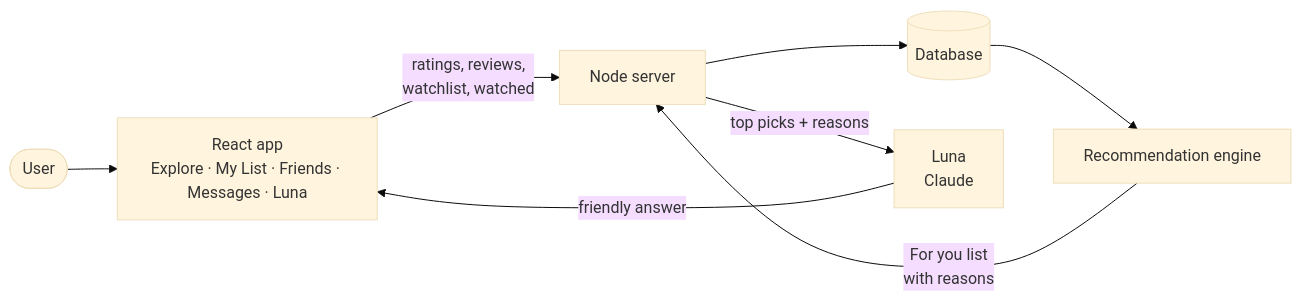
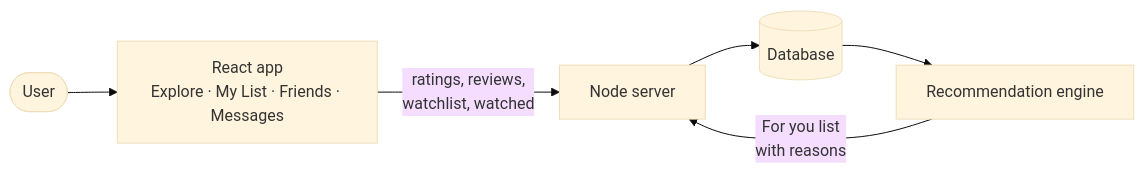
One commit to jasonkishore82/grab_the_popcorn changed the first of 5 diagrams in docs/HOW_IT_WORKS.md. Above: the diagram before and after it, drawn with Mermaid (base theme). The commit also changed other lines of this file and 15 other files, not shown here.

````diff
--- a/docs/HOW_IT_WORKS.md
+++ b/docs/HOW_IT_WORKS.md
@@ -26,10 +25,8 @@
 ```mermaid
 flowchart LR
-    U([User]) --> UI[React app<br/>Explore · My List · Friends · Messages · Luna]
+    U([User]) --> UI[React app<br/>Explore · My List · Friends · Messages]
     UI -->|ratings, reviews,<br/>watchlist, watched| API[Node server]
     API --> DB[(Database)]
     DB --> REC[Recommendation engine]
     REC -->|For you list<br/>with reasons| API
-    API -->|top picks + reasons| LUNA[Luna<br/>Claude]
-    LUNA -->|friendly answer| UI
 ```
````
